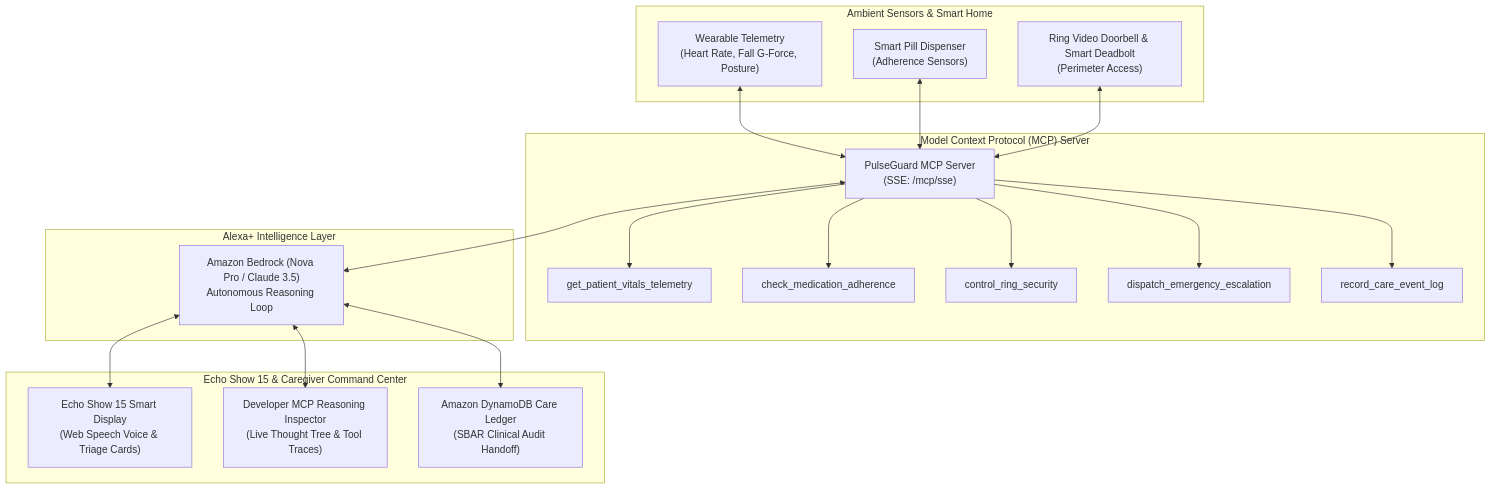
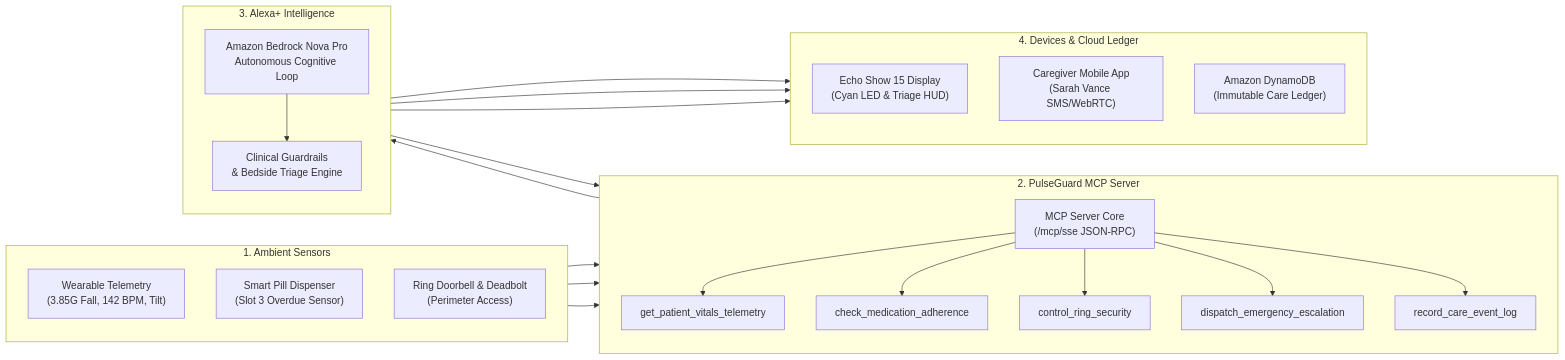
The diagram in README.md (Shreyas25869/pulseguard-mcp), drawn with Mermaid before and after one commit. The commit also changed other lines of this file and 1 other file, not shown here.

Commit message:
docs: fix README architecture diagram with standalone SVG and compliant Mermaid

````diff
--- a/README.md
+++ b/README.md
@@ -26,32 +31,49 @@
 ```mermaid
-flowchart TD
-    subgraph Wearable_And_Perimeter["Ambient Sensors & Smart Home"]
-        V["Wearable Telemetry<br/>(Heart Rate, Fall G-Force, Posture)"]
-        P["Smart Pill Dispenser<br/>(Adherence Sensors)"]
-        R["Ring Video Doorbell & Smart Deadbolt<br/>(Perimeter Access)"]
+flowchart LR
+    subgraph S1["1. Ambient Sensors"]
+        direction TB
+        V["Wearable Telemetry<br/>(3.85G Fall, 142 BPM, Tilt)"]
+        P["Smart Pill Dispenser<br/>(Slot 3 Overdue Sensor)"]
+        R["Ring Doorbell &amp; Deadbolt<br/>(Perimeter Access)"]
     end
 
-    subgraph MCP_Layer["Model Context Protocol (MCP) Server"]
-        MCP["PulseGuard MCP Server<br/>(SSE: /mcp/sse)"]
+    subgraph S2["2. PulseGuard MCP Server"]
+        direction TB
+        MCP["MCP Server Core<br/>(/mcp/sse JSON-RPC)"]
         T1["get_patient_vitals_telemetry"]
         T2["check_medication_adherence"]
         T3["control_ring_security"]
         T4["dispatch_emergency_escalation"]
         T5["record_care_event_log"]
-        MCP --> T1 & T2 & T3 & T4 & T5
+        MCP --> T1
+        MCP --> T2
+        MCP --> T3
+        MCP --> T4
+        MCP --> T5
     end
 
-    subgraph Agent_Core["Alexa+ Intelligence Layer"]
-        Bedrock["Amazon Bedrock (Nova Pro / Claude 3.5)<br/>Autonomous Reasoning Loop"]
+    subgraph S3["3. Alexa+ Intelligence"]
+        direction TB
+        Bedrock["Amazon Bedrock Nova Pro<br/>Autonomous Cognitive Loop"]
+        Guard["Clinical Guardrails<br/>&amp; Bedside Triage Engine"]
+        Bedrock --> Guard
     end
 
-    subgraph User_Interface["Echo Show 15 & Caregiver Command Center"]
-        Echo["Echo Show 15 Smart Display<br/>(Web Speech Voice & Triage Cards)"]
-        Console["Developer MCP Reasoning Inspector<br/>(Live Thought Tree & Tool Traces)"]
-        Ledger["Amazon DynamoDB Care Ledger<br/>(SBAR Clinical Audit Handoff)"]
+    subgraph S4["4. Devices &amp; Cloud Ledger"]
+        direction TB
+        Echo["Echo Show 15 Display<br/>(Cyan LED &amp; Triage HUD)"]
+        Portal["Caregiver Mobile App<br/>(Sarah Vance SMS/WebRTC)"]
+        Ledger["Amazon DynamoDB<br/>(Immutable Care Ledger)"]
     end
 
-    V & P & R <--> MCP
-    MCP <--> Bedrock
-    Bedrock <--> Echo & Console & Ledger
+    V --> MCP
+    P --> MCP
+    R --> MCP
+
+    MCP --> Bedrock
+    Bedrock --> MCP
+
+    Bedrock --> Echo
+    Bedrock --> Portal
+    Bedrock --> Ledger
 ```
````
